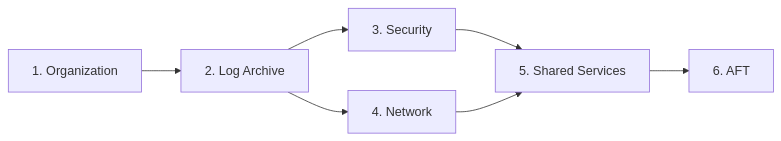
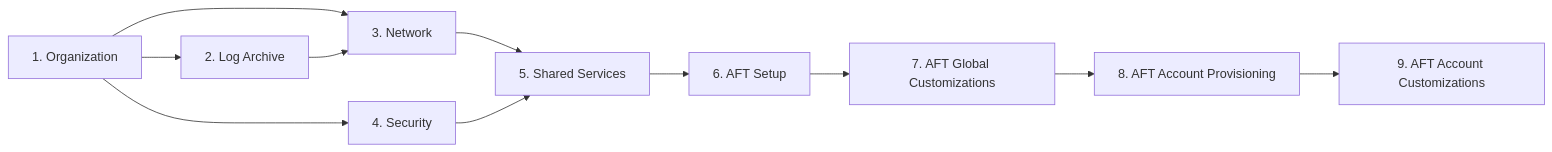
One commit to clopca/aws-landing-zone-template changed the diagram in docs/docs/runbooks/deployment.md. Above: the diagram before and after it, drawn with Mermaid. The commit also changed other lines of this file and 102 other files, not shown here.

````diff
--- a/docs/docs/runbooks/deployment.md
+++ b/docs/docs/runbooks/deployment.md
@@ -22,9 +23,13 @@
 ```mermaid
 graph LR
     A[1. Organization] --> B[2. Log Archive]
-    B --> C[3. Security]
-    B --> D[4. Network]
+    A --> C[3. Network]
+    A --> D[4. Security]
+    B --> C
     C --> E[5. Shared Services]
     D --> E
-    E --> F[6. AFT]
+    E --> F[6. AFT Setup]
+    F --> G[7. AFT Global Customizations]
+    G --> H[8. AFT Account Provisioning]
+    H --> I[9. AFT Account Customizations]
 ```
````
